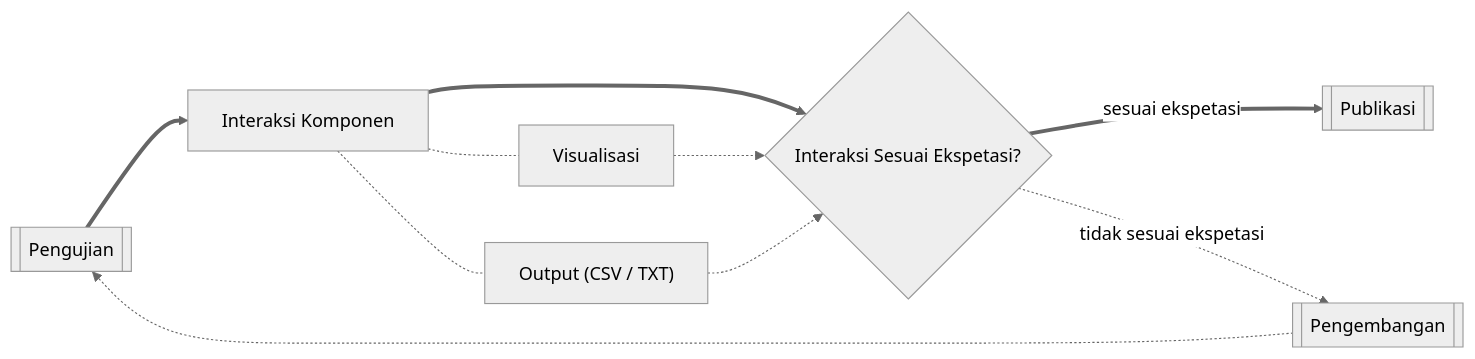
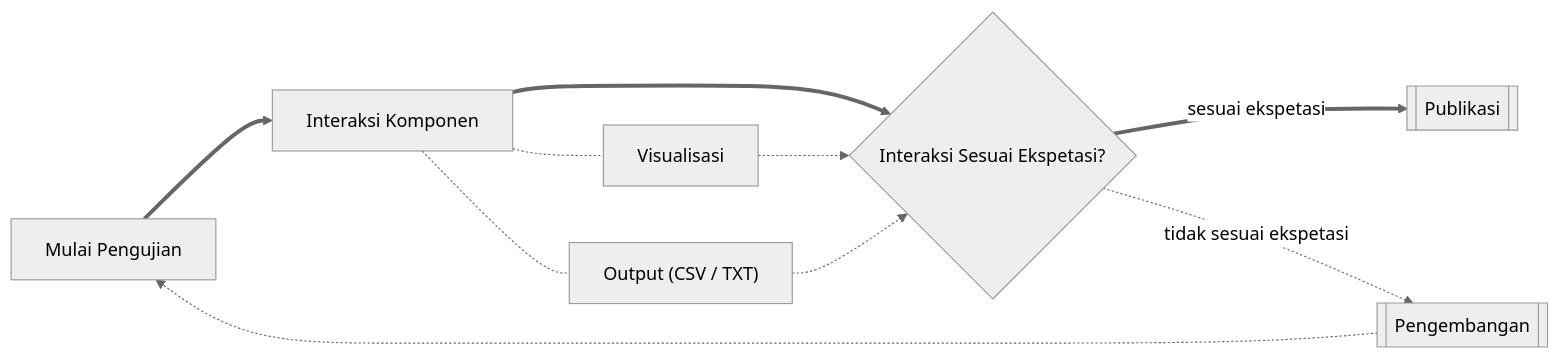
One commit to fiakoengineering/manual changed the second of 4 diagrams in webapps/webapps-rainfall.qmd. Above: the diagram before and after it, drawn with Mermaid. The commit also changed other lines of this file, not shown here.

````diff
--- a/webapps/webapps-rainfall.qmd
+++ b/webapps/webapps-rainfall.qmd
@@ -254,26 +258,26 @@
 ```{mermaid}
 %%| label: fig-testing-apps
 %%| fig-cap: Gambaran pengujian aplikasi secara manual.
 %%| fig-height: 100%
 %%| fig-align: center
 %%{ init: { 'flowchart': { 'curve': 'bump'}, 'theme': 'neutral' } }%%
 flowchart LR
-    pengujian[[Pengujian]]
+    pengujian[Mulai Pengujian]
     pengembangan[[Pengembangan]]
     publikasi[[Publikasi]]
     interaksi[Interaksi Komponen]
     intended{Interaksi Sesuai Ekspetasi?}
     visualisasi[Visualisasi]
     output["Output (CSV / TXT)"]
 
     intended == sesuai ekspetasi ==> publikasi
     pengujian ==> interaksi
     interaksi ==> intended
     interaksi -.- visualisasi
     interaksi -.- output
     pengembangan -.-> pengujian
     visualisasi -.-> intended
     output -.-> intended
     intended -. tidak sesuai ekspetasi .-> pengembangan
 
 ```
````
